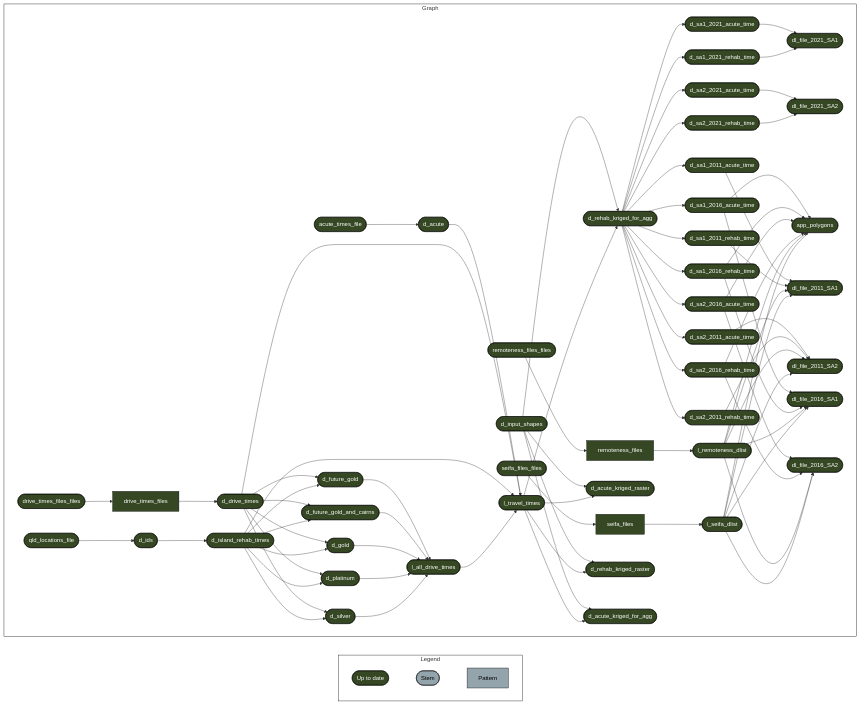
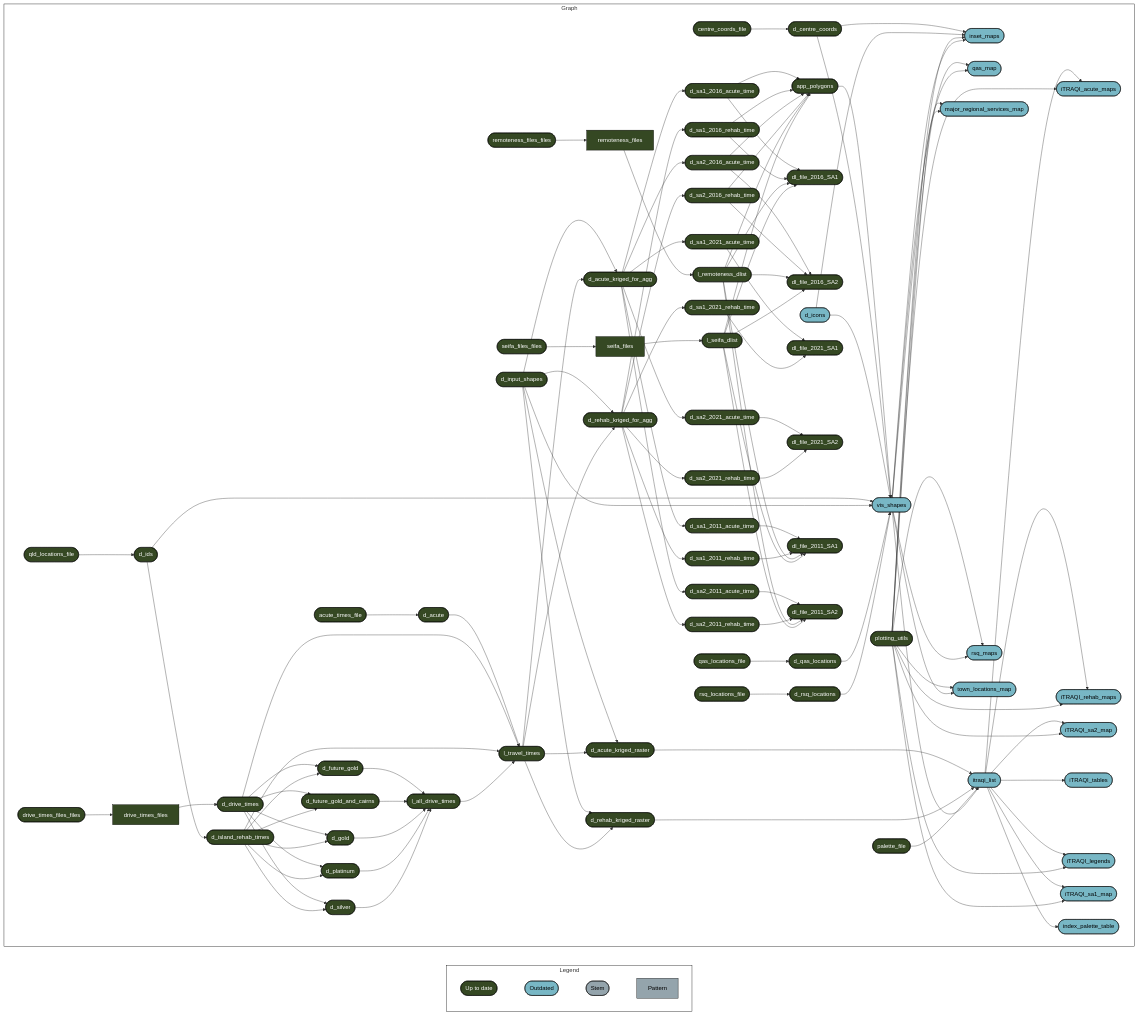
One commit to RWParsons/iTRAQI-analyses changed the diagram in README.md. Above: the diagram before and after it, drawn with Mermaid. The commit also changed other lines of this file and 1 other file, not shown here.

Commit message:
update lockfile and README

````diff
--- a/README.md
+++ b/README.md
@@ -35,65 +37,87 @@
   style Graph fill:#FFFFFF00,stroke:#000000;
   subgraph Legend
     direction LR
-    x7420bd9270f8d27d([""Up to date""]):::uptodate --- xbf4603d6c2c2ad6b([""Stem""]):::none
+    x7420bd9270f8d27d([""Up to date""]):::uptodate --- x0a52b03877696646([""Outdated""]):::outdated
+    x0a52b03877696646([""Outdated""]):::outdated --- xbf4603d6c2c2ad6b([""Stem""]):::none
     xbf4603d6c2c2ad6b([""Stem""]):::none --- x70a5fa6bea6f298d[""Pattern""]:::none
   end
   subgraph Graph
     direction LR
-    x2561c370ea702599["remoteness_files"]:::uptodate --> x786302e79631eb8d(["l_remoteness_dlist"]):::uptodate
-    x20b8fce94e11cd05(["seifa_files_files"]):::uptodate --> x5f5497709c5ef739["seifa_files"]:::uptodate
-    xf635f181b39a30ce["drive_times_files"]:::uptodate --> x15acd9b064c909c4(["d_drive_times"]):::uptodate
-    x15acd9b064c909c4(["d_drive_times"]):::uptodate --> x03e84a931f36fd6b(["d_silver"]):::uptodate
-    x24fc4b6a7e38688b(["d_island_rehab_times"]):::uptodate --> x03e84a931f36fd6b(["d_silver"]):::uptodate
+    xcfed681661a25666(["d_acute_kriged_for_agg"]):::uptodate --> x235ba1189d5ce124(["d_sa2_2016_acute_time"]):::uptodate
+    x15acd9b064c909c4(["d_drive_times"]):::uptodate --> x7115567ab47c0786(["d_future_gold"]):::uptodate
+    x24fc4b6a7e38688b(["d_island_rehab_times"]):::uptodate --> x7115567ab47c0786(["d_future_gold"]):::uptodate
+    x0f8649c73df6fd69(["d_centre_coords"]):::uptodate --> xa9ea2a04c05eda30(["inset_maps"]):::outdated
+    x6e986cb21b65ebaa(["d_icons"]):::outdated --> xa9ea2a04c05eda30(["inset_maps"]):::outdated
+    x502e395192be8056(["plotting_utils"]):::uptodate --> xa9ea2a04c05eda30(["inset_maps"]):::outdated
+    xce1d319486efc243(["vis_shapes"]):::outdated --> xa9ea2a04c05eda30(["inset_maps"]):::outdated
+    x140f4dcc1344002d(["d_sa1_2016_acute_time"]):::uptodate --> x2138cd44d3ad5669(["dl_file_2016_SA1"]):::uptodate
+    x17e7029742198b85(["d_sa1_2016_rehab_time"]):::uptodate --> x2138cd44d3ad5669(["dl_file_2016_SA1"]):::uptodate
+    x786302e79631eb8d(["l_remoteness_dlist"]):::uptodate --> x2138cd44d3ad5669(["dl_file_2016_SA1"]):::uptodate
+    xe97fee2eed97fb6f(["l_seifa_dlist"]):::uptodate --> x2138cd44d3ad5669(["dl_file_2016_SA1"]):::uptodate
+    x502e395192be8056(["plotting_utils"]):::uptodate --> x70fc135bdd27feb8(["qas_map"]):::outdated
+    xce1d319486efc243(["vis_shapes"]):::outdated --> x70fc135bdd27feb8(["qas_map"]):::outdated
+    x7ac64c2657a7a0da(["itraqi_list"]):::outdated --> x777ac6aa58ef6eb0(["iTRAQI_acute_maps"]):::outdated
+    x502e395192be8056(["plotting_utils"]):::uptodate --> x777ac6aa58ef6eb0(["iTRAQI_acute_maps"]):::outdated
+    x235ba1189d5ce124(["d_sa2_2016_acute_time"]):::uptodate --> x6daca8a7a6cdef63(["dl_file_2016_SA2"]):::uptodate
+    xd957b08abae86042(["d_sa2_2016_rehab_time"]):::uptodate --> x6daca8a7a6cdef63(["dl_file_2016_SA2"]):::uptodate
+    x786302e79631eb8d(["l_remoteness_dlist"]):::uptodate --> x6daca8a7a6cdef63(["dl_file_2016_SA2"]):::uptodate
+    xe97fee2eed97fb6f(["l_seifa_dlist"]):::uptodate --> x6daca8a7a6cdef63(["dl_file_2016_SA2"]):::uptodate
+    x6b9c58fabbe5d5ac(["d_rehab_kriged_for_agg"]):::uptodate --> x17e7029742198b85(["d_sa1_2016_rehab_time"]):::uptodate
+    x38420866eda88fe0(["qas_locations_file"]):::uptodate --> x05f9b2be184bafe8(["d_qas_locations"]):::uptodate
+    x6b9c58fabbe5d5ac(["d_rehab_kriged_for_agg"]):::uptodate --> xb1cba206a277ab8b(["d_sa2_2011_rehab_time"]):::uptodate
+    x6b9c58fabbe5d5ac(["d_rehab_kriged_for_agg"]):::uptodate --> x3d249e379cd8c8bf(["d_sa2_2021_rehab_time"]):::uptodate
+    x7ac64c2657a7a0da(["itraqi_list"]):::outdated --> x77bfd070d53e23a1(["iTRAQI_rehab_maps"]):::outdated
+    x502e395192be8056(["plotting_utils"]):::uptodate --> x77bfd070d53e23a1(["iTRAQI_rehab_maps"]):::outdated
+    xae07be3d7a5496f6(["d_sa1_2021_acute_time"]):::uptodate --> x670286573a6e737f(["dl_file_2021_SA1"]):::uptodate
+    x0044d423c4129aa5(["d_sa1_2021_rehab_time"]):::uptodate --> x670286573a6e737f(["dl_file_2021_SA1"]):::uptodate
+    x831ee0369a2a91ad(["d_input_shapes"]):::uptodate --> xcfed681661a25666(["d_acute_kriged_for_agg"]):::uptodate
+    x44f0a0e2845803f1(["l_travel_times"]):::uptodate --> xcfed681661a25666(["d_acute_kriged_for_agg"]):::uptodate
+    x3c98c5bdbae2f835(["d_sa2_2021_acute_time"]):::uptodate --> x4061f2460c5f975e(["dl_file_2021_SA2"]):::uptodate
+    x3d249e379cd8c8bf(["d_sa2_2021_rehab_time"]):::uptodate --> x4061f2460c5f975e(["dl_file_2021_SA2"]):::uptodate
     x0085422ba003396c(["d_acute"]):::uptodate --> x44f0a0e2845803f1(["l_travel_times"]):::uptodate
     x15acd9b064c909c4(["d_drive_times"]):::uptodate --> x44f0a0e2845803f1(["l_travel_times"]):::uptodate
     x24fc4b6a7e38688b(["d_island_rehab_times"]):::uptodate --> x44f0a0e2845803f1(["l_travel_times"]):::uptodate
     x95cfa4f70fea9a21(["l_all_drive_times"]):::uptodate --> x44f0a0e2845803f1(["l_travel_times"]):::uptodate
-    x9f6a140e9d41e9f8(["drive_times_files_files"]):::uptodate --> xf635f181b39a30ce["drive_times_files"]:::uptodate
-    xae07be3d7a5496f6(["d_sa1_2021_acute_time"]):::uptodate --> x670286573a6e737f(["dl_file_2021_SA1"]):::uptodate
-    x0044d423c4129aa5(["d_sa1_2021_rehab_time"]):::uptodate --> x670286573a6e737f(["dl_file_2021_SA1"]):::uptodate
-    x15acd9b064c909c4(["d_drive_times"]):::uptodate --> x7115567ab47c0786(["d_future_gold"]):::uptodate
-    x24fc4b6a7e38688b(["d_island_rehab_times"]):::uptodate --> x7115567ab47c0786(["d_future_gold"]):::uptodate
-    x3c98c5bdbae2f835(["d_sa2_2021_acute_time"]):::uptodate --> x4061f2460c5f975e(["dl_file_2021_SA2"]):::uptodate
-    x3d249e379cd8c8bf(["d_sa2_2021_rehab_time"]):::uptodate --> x4061f2460c5f975e(["dl_file_2021_SA2"]):::uptodate
-    x140f4dcc1344002d(["d_sa1_2016_acute_time"]):::uptodate --> x8e785e1ce1247c8f(["app_polygons"]):::uptodate
-    x17e7029742198b85(["d_sa1_2016_rehab_time"]):::uptodate --> x8e785e1ce1247c8f(["app_polygons"]):::uptodate
-    x235ba1189d5ce124(["d_sa2_2016_acute_time"]):::uptodate --> x8e785e1ce1247c8f(["app_polygons"]):::uptodate
-    xd957b08abae86042(["d_sa2_2016_rehab_time"]):::uptodate --> x8e785e1ce1247c8f(["app_polygons"]):::uptodate
-    x786302e79631eb8d(["l_remoteness_dlist"]):::uptodate --> x8e785e1ce1247c8f(["app_polygons"]):::uptodate
-    xe97fee2eed97fb6f(["l_seifa_dlist"]):::uptodate --> x8e785e1ce1247c8f(["app_polygons"]):::uptodate
+    x15acd9b064c909c4(["d_drive_times"]):::uptodate --> x9cf1da0d89b39050(["d_future_gold_and_cairns"]):::uptodate
+    x24fc4b6a7e38688b(["d_island_rehab_times"]):::uptodate --> x9cf1da0d89b39050(["d_future_gold_and_cairns"]):::uptodate
+    x5f5497709c5ef739["seifa_files"]:::uptodate --> xe97fee2eed97fb6f(["l_seifa_dlist"]):::uptodate
+    x15acd9b064c909c4(["d_drive_times"]):::uptodate --> x03e84a931f36fd6b(["d_silver"]):::uptodate
+    x24fc4b6a7e38688b(["d_island_rehab_times"]):::uptodate --> x03e84a931f36fd6b(["d_silver"]):::uptodate
+    x8e785e1ce1247c8f(["app_polygons"]):::uptodate --> xce1d319486efc243(["vis_shapes"]):::outdated
+    x0f8649c73df6fd69(["d_centre_coords"]):::uptodate --> xce1d319486efc243(["vis_shapes"]):::outdated
+    x6e986cb21b65ebaa(["d_icons"]):::outdated --> xce1d319486efc243(["vis_shapes"]):::outdated
+    x21879eefff325d9d(["d_ids"]):::uptodate --> xce1d319486efc243(["vis_shapes"]):::outdated
+    x831ee0369a2a91ad(["d_input_shapes"]):::uptodate --> xce1d319486efc243(["vis_shapes"]):::outdated
+    x05f9b2be184bafe8(["d_qas_locations"]):::uptodate --> xce1d319486efc243(["vis_shapes"]):::outdated
+    xc6a9168a5e03bc7c(["d_rsq_locations"]):::uptodate --> xce1d319486efc243(["vis_shapes"]):::outdated
+    x2d1cfd0ea9fc15e1(["rsq_locations_file"]):::uptodate --> xc6a9168a5e03bc7c(["d_rsq_locations"]):::uptodate
     x15acd9b064c909c4(["d_drive_times"]):::uptodate --> x5c8a4b58701f0195(["d_gold"]):::uptodate
     x24fc4b6a7e38688b(["d_island_rehab_times"]):::uptodate --> x5c8a4b58701f0195(["d_gold"]):::uptodate
-    x15acd9b064c909c4(["d_drive_times"]):::uptodate --> x9cf1da0d89b39050(["d_future_gold_and_cairns"]):::uptodate
-    x24fc4b6a7e38688b(["d_island_rehab_times"]):::uptodate --> x9cf1da0d89b39050(["d_future_gold_and_cairns"]):::uptodate
-    x831ee0369a2a91ad(["d_input_shapes"]):::uptodate --> x3556cb9010710414(["d_acute_kriged_raster"]):::uptodate
-    x44f0a0e2845803f1(["l_travel_times"]):::uptodate --> x3556cb9010710414(["d_acute_kriged_raster"]):::uptodate
+    xcfed681661a25666(["d_acute_kriged_for_agg"]):::uptodate --> xae07be3d7a5496f6(["d_sa1_2021_acute_time"]):::uptodate
+    xcfed681661a25666(["d_acute_kriged_for_agg"]):::uptodate --> x23fe5c9d10c5ba8b(["d_sa1_2011_acute_time"]):::uptodate
+    x6b9c58fabbe5d5ac(["d_rehab_kriged_for_agg"]):::uptodate --> xdd6e281ffd7abb1e(["d_sa1_2011_rehab_time"]):::uptodate
+    x6b9c58fabbe5d5ac(["d_rehab_kriged_for_agg"]):::uptodate --> x0044d423c4129aa5(["d_sa1_2021_rehab_time"]):::uptodate
     x7115567ab47c0786(["d_future_gold"]):::uptodate --> x95cfa4f70fea9a21(["l_all_drive_times"]):::uptodate
     x9cf1da0d89b39050(["d_future_gold_and_cairns"]):::uptodate --> x95cfa4f70fea9a21(["l_all_drive_times"]):::uptodate
     x5c8a4b58701f0195(["d_gold"]):::uptodate --> x95cfa4f70fea9a21(["l_all_drive_times"]):::uptodate
     xe85c83d45448032e(["d_platinum"]):::uptodate --> x95cfa4f70fea9a21(["l_all_drive_times"]):::uptodate
     x03e84a931f36fd6b(["d_silver"]):::uptodate --> x95cfa4f70fea9a21(["l_all_drive_times"]):::uptodate
-    x6b9c58fabbe5d5ac(["d_rehab_kriged_for_agg"]):::uptodate --> x3c98c5bdbae2f835(["d_sa2_2021_acute_time"]):::uptodate
-    x5f5497709c5ef739["seifa_files"]:::uptodate --> xe97fee2eed97fb6f(["l_seifa_dlist"]):::uptodate
-    x6b9c58fabbe5d5ac(["d_rehab_kriged_for_agg"]):::uptodate --> x8ef184c44b3c9287(["d_sa2_2011_acute_time"]):::uptodate
-    x6b9c58fabbe5d5ac(["d_rehab_kriged_for_agg"]):::uptodate --> x235ba1189d5ce124(["d_sa2_2016_acute_time"]):::uptodate
+    xcfed681661a25666(["d_acute_kriged_for_agg"]):::uptodate --> x3c98c5bdbae2f835(["d_sa2_2021_acute_time"]):::uptodate
+    x502e395192be8056(["plotting_utils"]):::uptodate --> x8c11cc2ca92605fc(["major_regional_services_map"]):::outdated
+    xce1d319486efc243(["vis_shapes"]):::outdated --> x8c11cc2ca92605fc(["major_regional_services_map"]):::outdated
+    xcfed681661a25666(["d_acute_kriged_for_agg"]):::uptodate --> x8ef184c44b3c9287(["d_sa2_2011_acute_time"]):::uptodate
     x85ecf85bc3a92095(["qld_locations_file"]):::uptodate --> x21879eefff325d9d(["d_ids"]):::uptodate
+    x7ac64c2657a7a0da(["itraqi_list"]):::outdated --> x4b49cbf96e14f716(["iTRAQI_sa2_map"]):::outdated
+    x502e395192be8056(["plotting_utils"]):::uptodate --> x4b49cbf96e14f716(["iTRAQI_sa2_map"]):::outdated
+    x7ac64c2657a7a0da(["itraqi_list"]):::outdated --> xd76909fa06094073(["iTRAQI_tables"]):::outdated
+    x6aff51c44af250ba(["remoteness_files_files"]):::uptodate --> x2561c370ea702599["remoteness_files"]:::uptodate
+    x7ac64c2657a7a0da(["itraqi_list"]):::outdated --> x9dc6b63955863bba(["iTRAQI_legends"]):::outdated
+    x502e395192be8056(["plotting_utils"]):::uptodate --> x9dc6b63955863bba(["iTRAQI_legends"]):::outdated
+    x21879eefff325d9d(["d_ids"]):::uptodate --> x24fc4b6a7e38688b(["d_island_rehab_times"]):::uptodate
     x831ee0369a2a91ad(["d_input_shapes"]):::uptodate --> x6b9c58fabbe5d5ac(["d_rehab_kriged_for_agg"]):::uptodate
     x44f0a0e2845803f1(["l_travel_times"]):::uptodate --> x6b9c58fabbe5d5ac(["d_rehab_kriged_for_agg"]):::uptodate
-    x6aff51c44af250ba(["remoteness_files_files"]):::uptodate --> x2561c370ea702599["remoteness_files"]:::uptodate
-    x831ee0369a2a91ad(["d_input_shapes"]):::uptodate --> x5fb43595e3d9b43d(["d_rehab_kriged_raster"]):::uptodate
-    x44f0a0e2845803f1(["l_travel_times"]):::uptodate --> x5fb43595e3d9b43d(["d_rehab_kriged_raster"]):::uptodate
-    x6b9c58fabbe5d5ac(["d_rehab_kriged_for_agg"]):::uptodate --> xdd6e281ffd7abb1e(["d_sa1_2011_rehab_time"]):::uptodate
-    x6b9c58fabbe5d5ac(["d_rehab_kriged_for_agg"]):::uptodate --> x17e7029742198b85(["d_sa1_2016_rehab_time"]):::uptodate
-    x15acd9b064c909c4(["d_drive_times"]):::uptodate --> xe85c83d45448032e(["d_platinum"]):::uptodate
-    x24fc4b6a7e38688b(["d_island_rehab_times"]):::uptodate --> xe85c83d45448032e(["d_platinum"]):::uptodate
-    x831ee0369a2a91ad(["d_input_shapes"]):::uptodate --> xcfed681661a25666(["d_acute_kriged_for_agg"]):::uptodate
-    x44f0a0e2845803f1(["l_travel_times"]):::uptodate --> xcfed681661a25666(["d_acute_kriged_for_agg"]):::uptodate
     x6ea9bfcc13ed2276(["acute_times_file"]):::uptodate --> x0085422ba003396c(["d_acute"]):::uptodate
-    x6b9c58fabbe5d5ac(["d_rehab_kriged_for_agg"]):::uptodate --> xb1cba206a277ab8b(["d_sa2_2011_rehab_time"]):::uptodate
-    x6b9c58fabbe5d5ac(["d_rehab_kriged_for_agg"]):::uptodate --> xae07be3d7a5496f6(["d_sa1_2021_acute_time"]):::uptodate
-    x6b9c58fabbe5d5ac(["d_rehab_kriged_for_agg"]):::uptodate --> xd957b08abae86042(["d_sa2_2016_rehab_time"]):::uptodate
-    x6b9c58fabbe5d5ac(["d_rehab_kriged_for_agg"]):::uptodate --> x0044d423c4129aa5(["d_sa1_2021_rehab_time"]):::uptodate
+    xf635f181b39a30ce["drive_times_files"]:::uptodate --> x15acd9b064c909c4(["d_drive_times"]):::uptodate
     x23fe5c9d10c5ba8b(["d_sa1_2011_acute_time"]):::uptodate --> xb03e5e3c90f2da7c(["dl_file_2011_SA1"]):::uptodate
     xdd6e281ffd7abb1e(["d_sa1_2011_rehab_time"]):::uptodate --> xb03e5e3c90f2da7c(["dl_file_2011_SA1"]):::uptodate
     x786302e79631eb8d(["l_remoteness_dlist"]):::uptodate --> xb03e5e3c90f2da7c(["dl_file_2011_SA1"]):::uptodate
@@ -102,21 +126,40 @@
     xb1cba206a277ab8b(["d_sa2_2011_rehab_time"]):::uptodate --> xf1ace82ee36a732e(["dl_file_2011_SA2"]):::uptodate
     x786302e79631eb8d(["l_remoteness_dlist"]):::uptodate --> xf1ace82ee36a732e(["dl_file_2011_SA2"]):::uptodate
     xe97fee2eed97fb6f(["l_seifa_dlist"]):::uptodate --> xf1ace82ee36a732e(["dl_file_2011_SA2"]):::uptodate
-    x21879eefff325d9d(["d_ids"]):::uptodate --> x24fc4b6a7e38688b(["d_island_rehab_times"]):::uptodate
-    x6b9c58fabbe5d5ac(["d_rehab_kriged_for_agg"]):::uptodate --> x3d249e379cd8c8bf(["d_sa2_2021_rehab_time"]):::uptodate
-    x6b9c58fabbe5d5ac(["d_rehab_kriged_for_agg"]):::uptodate --> x23fe5c9d10c5ba8b(["d_sa1_2011_acute_time"]):::uptodate
-    x6b9c58fabbe5d5ac(["d_rehab_kriged_for_agg"]):::uptodate --> x140f4dcc1344002d(["d_sa1_2016_acute_time"]):::uptodate
-    x140f4dcc1344002d(["d_sa1_2016_acute_time"]):::uptodate --> x2138cd44d3ad5669(["dl_file_2016_SA1"]):::uptodate
-    x17e7029742198b85(["d_sa1_2016_rehab_time"]):::uptodate --> x2138cd44d3ad5669(["dl_file_2016_SA1"]):::uptodate
-    x786302e79631eb8d(["l_remoteness_dlist"]):::uptodate --> x2138cd44d3ad5669(["dl_file_2016_SA1"]):::uptodate
-    xe97fee2eed97fb6f(["l_seifa_dlist"]):::uptodate --> x2138cd44d3ad5669(["dl_file_2016_SA1"]):::uptodate
-    x235ba1189d5ce124(["d_sa2_2016_acute_time"]):::uptodate --> x6daca8a7a6cdef63(["dl_file_2016_SA2"]):::uptodate
-    xd957b08abae86042(["d_sa2_2016_rehab_time"]):::uptodate --> x6daca8a7a6cdef63(["dl_file_2016_SA2"]):::uptodate
-    x786302e79631eb8d(["l_remoteness_dlist"]):::uptodate --> x6daca8a7a6cdef63(["dl_file_2016_SA2"]):::uptodate
-    xe97fee2eed97fb6f(["l_seifa_dlist"]):::uptodate --> x6daca8a7a6cdef63(["dl_file_2016_SA2"]):::uptodate
+    x3556cb9010710414(["d_acute_kriged_raster"]):::uptodate --> x7ac64c2657a7a0da(["itraqi_list"]):::outdated
+    x5fb43595e3d9b43d(["d_rehab_kriged_raster"]):::uptodate --> x7ac64c2657a7a0da(["itraqi_list"]):::outdated
+    xd6673f821e7b0465(["palette_file"]):::uptodate --> x7ac64c2657a7a0da(["itraqi_list"]):::outdated
+    xce1d319486efc243(["vis_shapes"]):::outdated --> x7ac64c2657a7a0da(["itraqi_list"]):::outdated
+    x7ac64c2657a7a0da(["itraqi_list"]):::outdated --> x15005b247f2f4537(["iTRAQI_sa1_map"]):::outdated
+    x502e395192be8056(["plotting_utils"]):::uptodate --> x15005b247f2f4537(["iTRAQI_sa1_map"]):::outdated
+    x502e395192be8056(["plotting_utils"]):::uptodate --> x0ef21ba3e3751955(["rsq_maps"]):::outdated
+    xce1d319486efc243(["vis_shapes"]):::outdated --> x0ef21ba3e3751955(["rsq_maps"]):::outdated
+    x9f6a140e9d41e9f8(["drive_times_files_files"]):::uptodate --> xf635f181b39a30ce["drive_times_files"]:::uptodate
+    x6b9c58fabbe5d5ac(["d_rehab_kriged_for_agg"]):::uptodate --> xd957b08abae86042(["d_sa2_2016_rehab_time"]):::uptodate
+    x831ee0369a2a91ad(["d_input_shapes"]):::uptodate --> x5fb43595e3d9b43d(["d_rehab_kriged_raster"]):::uptodate
+    x44f0a0e2845803f1(["l_travel_times"]):::uptodate --> x5fb43595e3d9b43d(["d_rehab_kriged_raster"]):::uptodate
+    x15acd9b064c909c4(["d_drive_times"]):::uptodate --> xe85c83d45448032e(["d_platinum"]):::uptodate
+    x24fc4b6a7e38688b(["d_island_rehab_times"]):::uptodate --> xe85c83d45448032e(["d_platinum"]):::uptodate
+    x20b8fce94e11cd05(["seifa_files_files"]):::uptodate --> x5f5497709c5ef739["seifa_files"]:::uptodate
+    x2561c370ea702599["remoteness_files"]:::uptodate --> x786302e79631eb8d(["l_remoteness_dlist"]):::uptodate
+    x831ee0369a2a91ad(["d_input_shapes"]):::uptodate --> x3556cb9010710414(["d_acute_kriged_raster"]):::uptodate
+    x44f0a0e2845803f1(["l_travel_times"]):::uptodate --> x3556cb9010710414(["d_acute_kriged_raster"]):::uptodate
+    x502e395192be8056(["plotting_utils"]):::uptodate --> x2d0c593ea638a740(["town_locations_map"]):::outdated
+    xce1d319486efc243(["vis_shapes"]):::outdated --> x2d0c593ea638a740(["town_locations_map"]):::outdated
+    x140f4dcc1344002d(["d_sa1_2016_acute_time"]):::uptodate --> x8e785e1ce1247c8f(["app_polygons"]):::uptodate
+    x17e7029742198b85(["d_sa1_2016_rehab_time"]):::uptodate --> x8e785e1ce1247c8f(["app_polygons"]):::uptodate
+    x235ba1189d5ce124(["d_sa2_2016_acute_time"]):::uptodate --> x8e785e1ce1247c8f(["app_polygons"]):::uptodate
+    xd957b08abae86042(["d_sa2_2016_rehab_time"]):::uptodate --> x8e785e1ce1247c8f(["app_polygons"]):::uptodate
+    x786302e79631eb8d(["l_remoteness_dlist"]):::uptodate --> x8e785e1ce1247c8f(["app_polygons"]):::uptodate
+    xe97fee2eed97fb6f(["l_seifa_dlist"]):::uptodate --> x8e785e1ce1247c8f(["app_polygons"]):::uptodate
+    xcfed681661a25666(["d_acute_kriged_for_agg"]):::uptodate --> x140f4dcc1344002d(["d_sa1_2016_acute_time"]):::uptodate
+    x7ac64c2657a7a0da(["itraqi_list"]):::outdated --> x6e1c1296adb53f85(["index_palette_table"]):::outdated
+    x84e32dc64694e951(["centre_coords_file"]):::uptodate --> x0f8649c73df6fd69(["d_centre_coords"]):::uptodate
   end
   classDef uptodate stroke:#000000,color:#ffffff,fill:#354823;
+  classDef outdated stroke:#000000,color:#000000,fill:#78B7C5;
   classDef none stroke:#000000,color:#000000,fill:#94a4ac;
   linkStyle 0 stroke-width:0px;
   linkStyle 1 stroke-width:0px;
+  linkStyle 2 stroke-width:0px;
 ```
````
